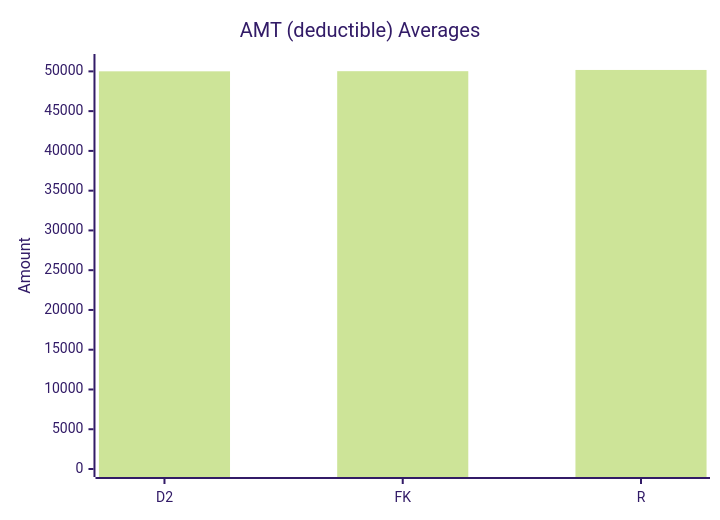
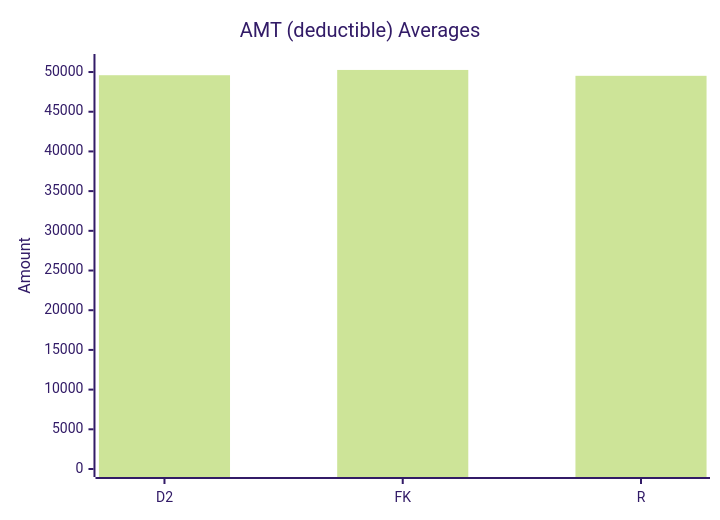
Before and after one commit to dhagan-va/intern-2025: the ninth of 10 diagrams in test-tools/DataGen/src/Statistics_Visualizer.md, drawn with Mermaid (forest theme). The commit also changed other lines of this file and 5 other files, not shown here.

````diff
--- a/test-tools/DataGen/src/Statistics_Visualizer.md
+++ b/test-tools/DataGen/src/Statistics_Visualizer.md
@@ -95,7 +95,7 @@
 ```mermaid
 xychart-beta
     title "AMT (deductible) Averages"
     x-axis ["D2", "FK", "R"]
-    y-axis "Amount" 0 --> 51179.05252267324
-    bar [50006.73569164392, 50023.154067975694, 50179.05252267324]
+    y-axis "Amount" 0 --> 51263.7152
+    bar [49598.979, 50263.7152, 49522.9534]
 ```
````
